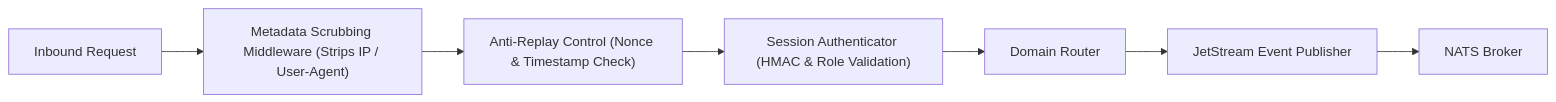
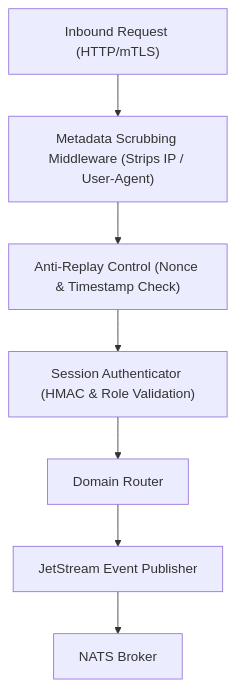
One commit to LuzuJ/LuzuJ.github.io changed the third of 3 diagrams in content/sistemas-distribuidos/juez-seguro.en.md. Above: the diagram before and after it, drawn with Mermaid. The commit also changed 4 other files, not shown here.

Commit message:
fix(diagrams): convert horizontal pipeline chains to multi-stage vertical flowcharts for full typography legibility

````diff
--- a/content/sistemas-distribuidos/juez-seguro.en.md
+++ b/content/sistemas-distribuidos/juez-seguro.en.md
@@ -75,9 +75,9 @@
 ```mermaid
-flowchart LR
-    Req["Inbound Request"] --> MW_Scrub["Metadata Scrubbing Middleware (Strips IP / User-Agent)"]
+flowchart TD
+    Req["Inbound Request (HTTP/mTLS)"] --> MW_Scrub["Metadata Scrubbing Middleware (Strips IP / User-Agent)"]
     MW_Scrub --> MW_Replay["Anti-Replay Control (Nonce & Timestamp Check)"]
     MW_Replay --> MW_Auth["Session Authenticator (HMAC & Role Validation)"]
     MW_Auth --> Router["Domain Router"]
     Router --> NATS_Pub["JetStream Event Publisher"]
     NATS_Pub --> NATS_Bus["NATS Broker"]
 ```
````
